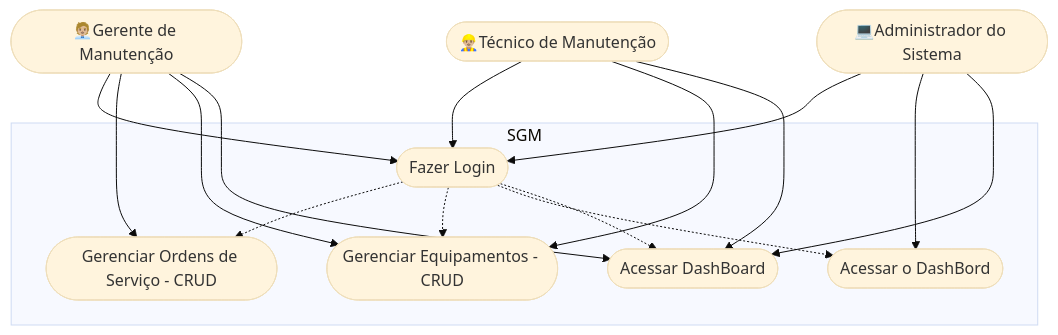
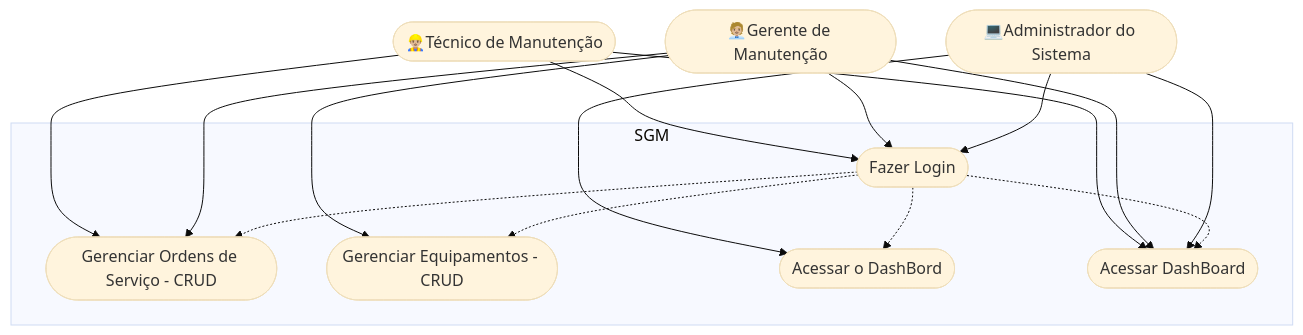
One commit to Isabela959/FrontEnd changed the second of 3 diagrams in Frameworks/Next/formativa-sgm/README.md. Above: the diagram before and after it, drawn with Mermaid (base theme). The commit also changed other lines of this file and 6 other files, not shown here.

````diff
--- a/Frameworks/Next/formativa-sgm/README.md
+++ b/Frameworks/Next/formativa-sgm/README.md
@@ -102,35 +103,35 @@
 ```mermaid
 
 graph TD
 
     subgraph "SGM"
         caso1([Fazer Login])
         caso2([Gerenciar Ordens de Serviço - CRUD])
         caso3([Gerenciar Equipamentos - CRUD])
         caso4([Gerenciar Usuários])
         caso4([Acessar o DashBord])
         caso5([Acessar DashBoard])
     end
 
     Tecnico([👷🏼‍♂️Técnico de Manutenção])
     Gerente([🧑🏼‍💼Gerente de Manutenção])
     Admin([💻Administrador do Sistema])
 
     Tecnico --> caso1
-    Tecnico --> caso3
+    Tecnico --> caso2
     Tecnico --> caso5
 
     Gerente --> caso1
     Gerente --> caso2
     Gerente --> caso3
     Gerente --> caso5
 
     Admin --> caso1
     Admin --> caso4
     Admin --> caso5
 
     caso1 -.-> caso2
     caso1 -.-> caso3
     caso1 -.-> caso4
     caso1 -.-> caso5
 ```
````
